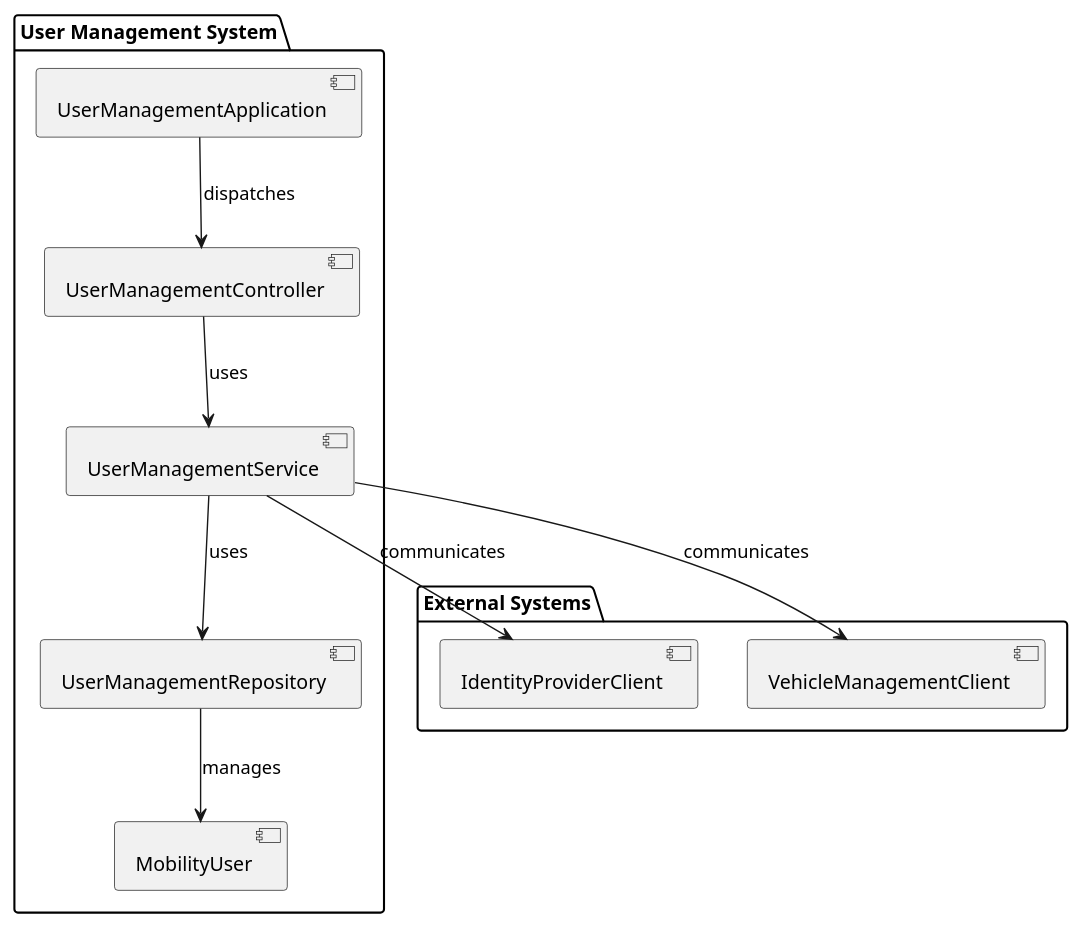
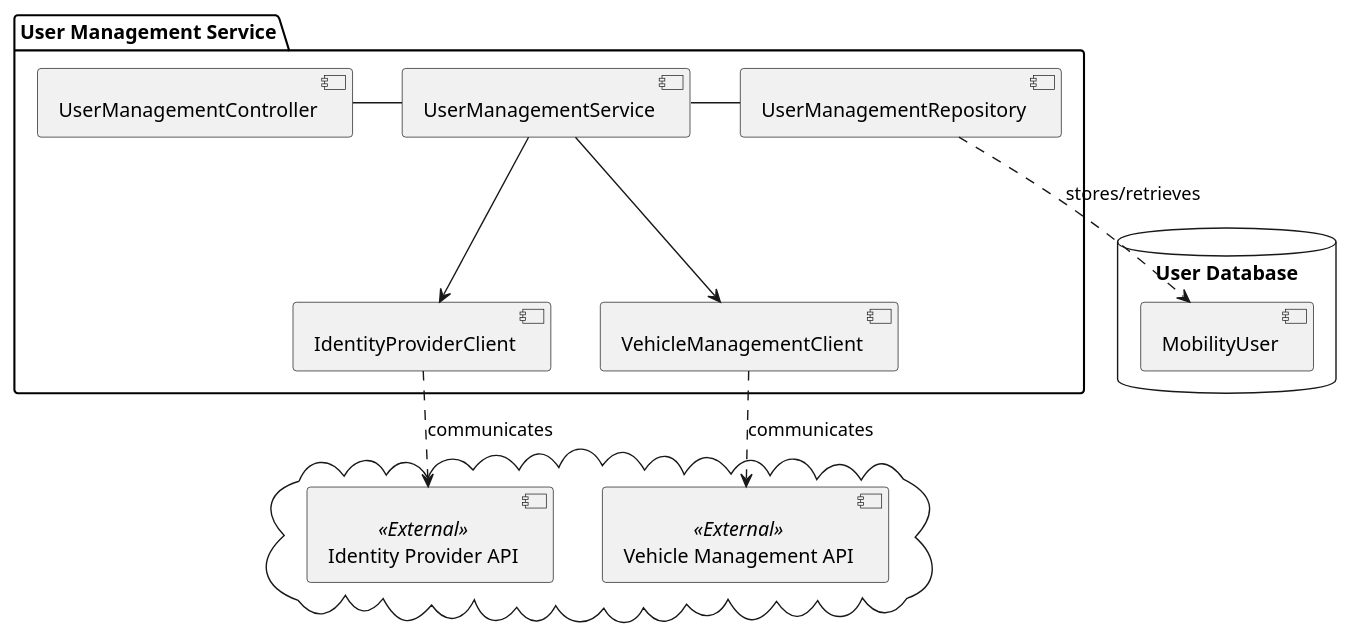
The first of 2 diagrams in usermanagement/documentation/architecturedesign.adoc (Dinesh-s95/AutoDoc.ai), drawn with PlantUML before and after one commit. The commit also changed other lines of this file and 4 other files, not shown here.

```diff
--- a/usermanagement/documentation/architecturedesign.adoc
+++ b/usermanagement/documentation/architecturedesign.adoc
@@ -3,27 +9,28 @@
 [plantuml, diagram-architecture, png]
 ----
 @startuml
 skinparam componentStyle uml2
 
-package "User Management System" {
-  [UserManagementApplication] as UMA
-  [UserManagementController] as UMC
-  [UserManagementService] as UMS
-  [UserManagementRepository] as UMR
-  [MobilityUser] as MU
+package "User Management Service" {
+  [UserManagementController] - [UserManagementService]
+  [UserManagementService] - [UserManagementRepository]
+  [UserManagementService] --> [IdentityProviderClient]
+  [UserManagementService] --> [VehicleManagementClient]
 }
 
-package "External Systems" {
-  [IdentityProviderClient] as IPC
-  [VehicleManagementClient] as VMC
+database "User Database" {
+  [MobilityUser]
 }
 
-UMA --> UMC : dispatches
-UMC --> UMS : uses
-UMS --> UMR : uses
-UMS --> IPC : communicates
-UMS --> VMC : communicates
-UMR --> MU : manages
+[UserManagementRepository] ..> [MobilityUser] : stores/retrieves
+
+cloud {
+  [Identity Provider API] <<External>>
+  [Vehicle Management API] <<External>>
+}
+
+[IdentityProviderClient] ..> [Identity Provider API] : communicates
+[VehicleManagementClient] ..> [Vehicle Management API] : communicates
 
 @enduml
 ----
```
